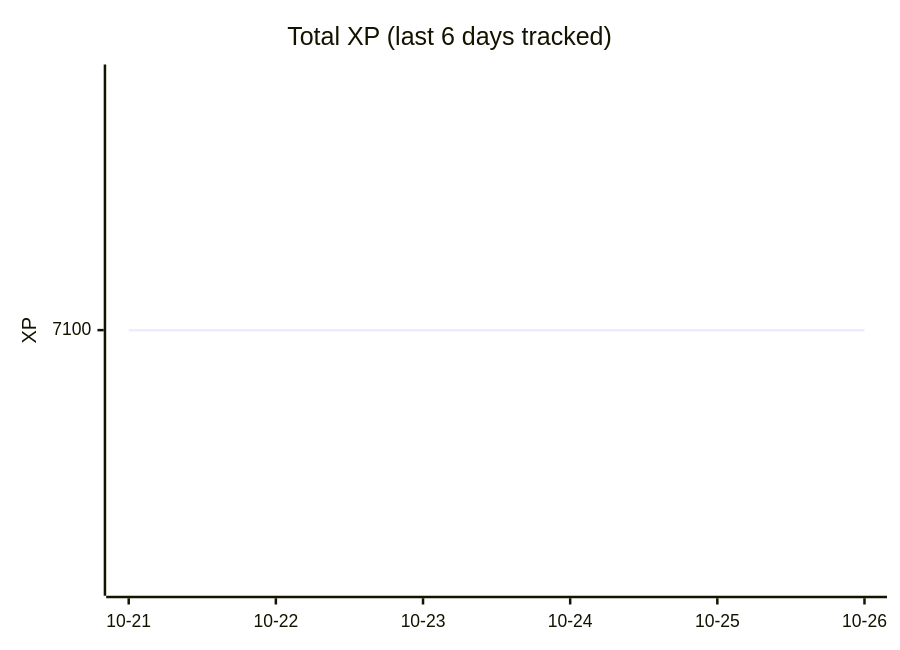
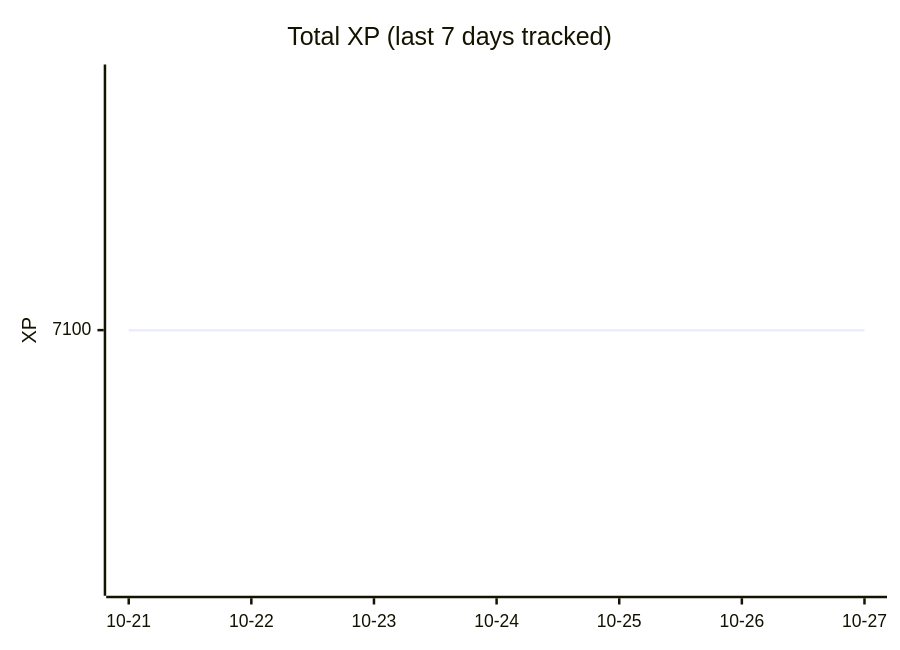
Before and after one commit to ASR222/bootdev-progress: the diagram in README.md, drawn with Mermaid. The commit also changed other lines of this file and 2 other files, not shown here.

Commit message:
Boot.dev progress: 2026-10-26

````diff
--- a/README.md
+++ b/README.md
@@ -14,7 +14,7 @@
 ```mermaid
 xychart-beta
-    title "Total XP (last 6 days tracked)"
-    x-axis ["10-21", "10-22", "10-23", "10-24", "10-25", "10-26"]
+    title "Total XP (last 7 days tracked)"
+    x-axis ["10-21", "10-22", "10-23", "10-24", "10-25", "10-26", "10-27"]
     y-axis "XP"
-    line [7100, 7100, 7100, 7100, 7100, 7100]
+    line [7100, 7100, 7100, 7100, 7100, 7100, 7100]
 ```
````
